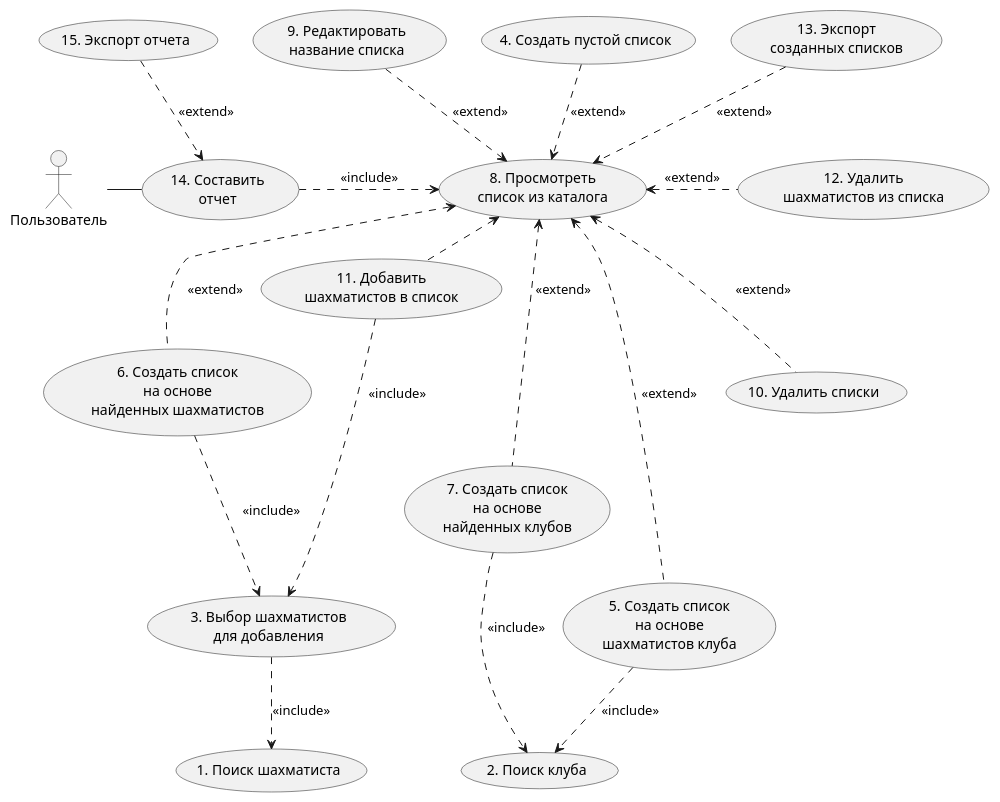
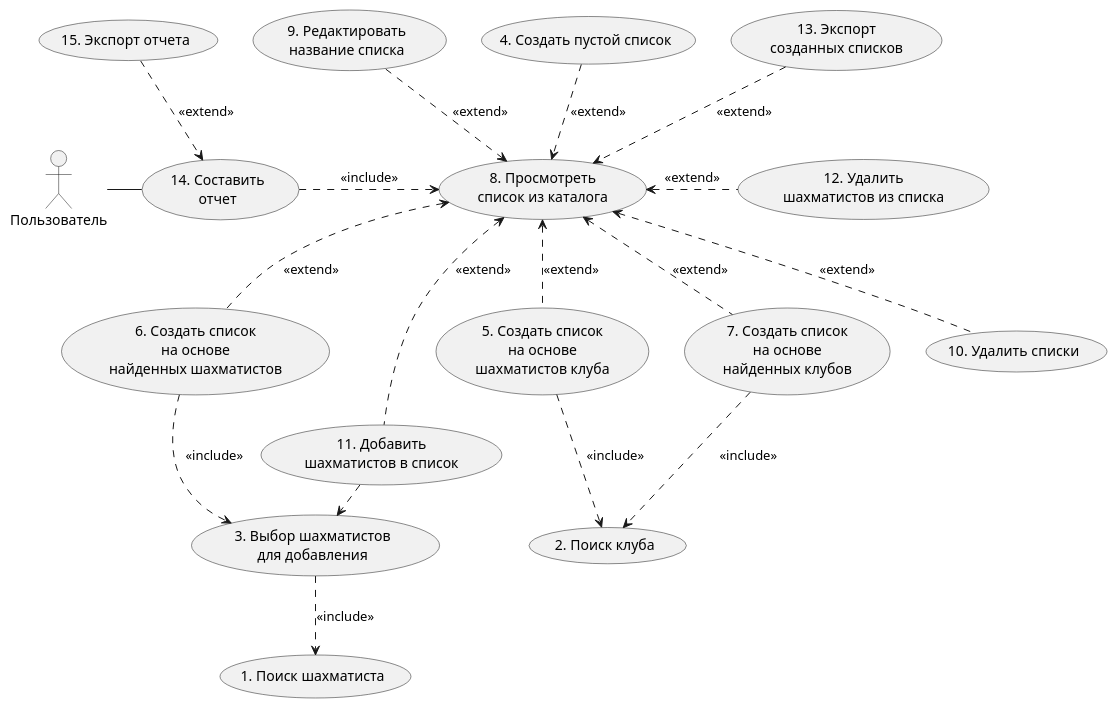
One commit to AleksanderNekr/LichessAnalyzer changed the diagram in docs/use_case_tobe.puml. Above: the diagram before and after it, drawn with PlantUML.

Commit message:
[Docs] All lines' labels are seen now.

```diff
--- a/docs/use_case_tobe.puml
+++ b/docs/use_case_tobe.puml
@@ -1,39 +1,39 @@
 @startuml
 
 actor Пользователь as user
 
 usecase (1. Поиск шахматиста) as searchPlayer  
 usecase (2. Поиск клуба) as searchClub
 usecase (3. Выбор шахматистов\nдля добавления) as choosePlayers 
 usecase (4. Создать пустой список) as createEmpty
 usecase (5. Создать список\nна основе\nшахматистов клуба) as createByClub 
 usecase (6. Создать список\nна основе\nнайденных шахматистов) as createByPlayers 
 usecase (7. Создать список\nна основе\nнайденных клубов) as createByClubs 
 usecase (8. Просмотреть\nсписок из каталога) as readList 
 usecase (9. Редактировать\nназвание списка) as editList
 usecase (10. Удалить списки) as deleteList
 usecase (11. Добавить\nшахматистов в список) as addPlayer 
 usecase (12. Удалить\nшахматистов из списка) as deletePlayer
 usecase (13. Экспорт\nсозданных списков) as exportList
 usecase (14. Составить\nотчет) as createDashboard 
 usecase (15. Экспорт отчета) as exportDashboard
 
 user - createDashboard
     createDashboard <.u. exportDashboard : <<extend>>
     createDashboard .r.> readList : <<include>>
         readList <.u. createEmpty : <<extend>>
-        readList <... createByClub : <<extend>>
+        readList <.. createByClub : <<extend>>
             createByClub ..> searchClub : <<include>>
         readList <.. createByClubs : <<extend>>
             createByClubs ..> searchClub : <<include>>
         readList <.. createByPlayers : <<extend>>
             createByPlayers ..> choosePlayers : <<include>>
                 choosePlayers ..> searchPlayer : <<include>>
         readList <.u. editList : <<extend>>
         readList <.. deleteList : <<extend>>
         readList <.u. exportList : <<extend>>
         readList <. deletePlayer : <<extend>>
-        readList <. addPlayer : <<extend>>
-            addPlayer ..> choosePlayers : <<include>>
+        readList <.. addPlayer : <<extend>>
+            addPlayer .r.> choosePlayers : <<include>>
 
 @enduml
```
